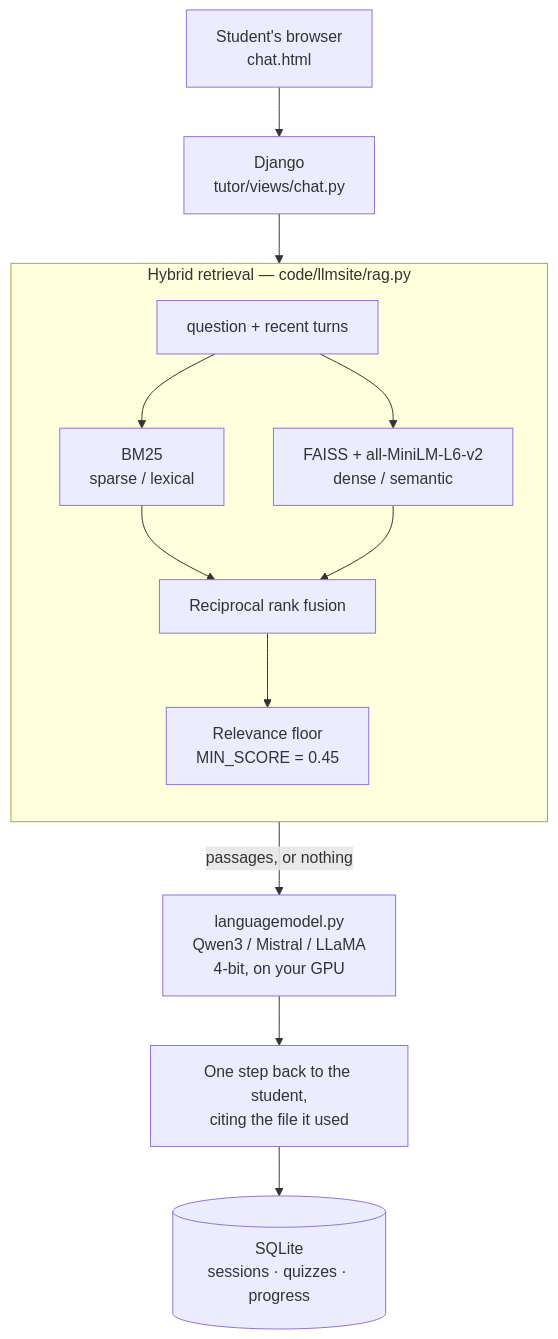
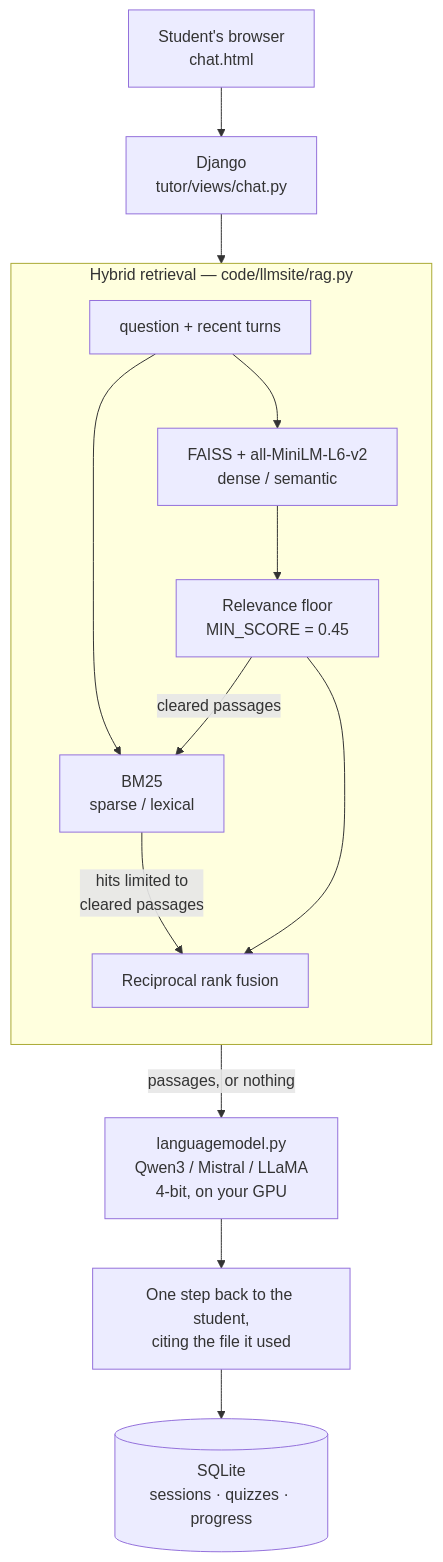
The diagram in README.md (LuisZarate17/MasteryPilot), drawn with Mermaid before and after one commit. The commit also changed other lines of this file and 5 other files, not shown here.

````diff
--- a/README.md
+++ b/README.md
@@ -53,23 +53,24 @@
 ```mermaid
 flowchart TD
     B["Student's browser<br/>chat.html"] --> D["Django<br/>tutor/views/chat.py"]
 
     subgraph RET["Hybrid retrieval — code/llmsite/rag.py"]
         direction TB
         Q["question + recent turns"]
         BM["BM25<br/>sparse / lexical"]
         DN["FAISS + all-MiniLM-L6-v2<br/>dense / semantic"]
         F["Reciprocal rank fusion"]
         S["Relevance floor<br/>MIN_SCORE = 0.45"]
         Q --> BM
         Q --> DN
-        BM --> F
-        DN --> F
-        F --> S
+        DN --> S
+        S -->|"cleared passages"| BM
+        S --> F
+        BM -->|"hits limited to<br/>cleared passages"| F
     end
 
     D --> Q
-    S -->|"passages, or nothing"| L["languagemodel.py<br/>Qwen3 / Mistral / LLaMA<br/>4-bit, on your GPU"]
+    F -->|"passages, or nothing"| L["languagemodel.py<br/>Qwen3 / Mistral / LLaMA<br/>4-bit, on your GPU"]
     L --> A["One step back to the student,<br/>citing the file it used"]
     A --> DB[("SQLite<br/>sessions · quizzes · progress")]
 ```
````
